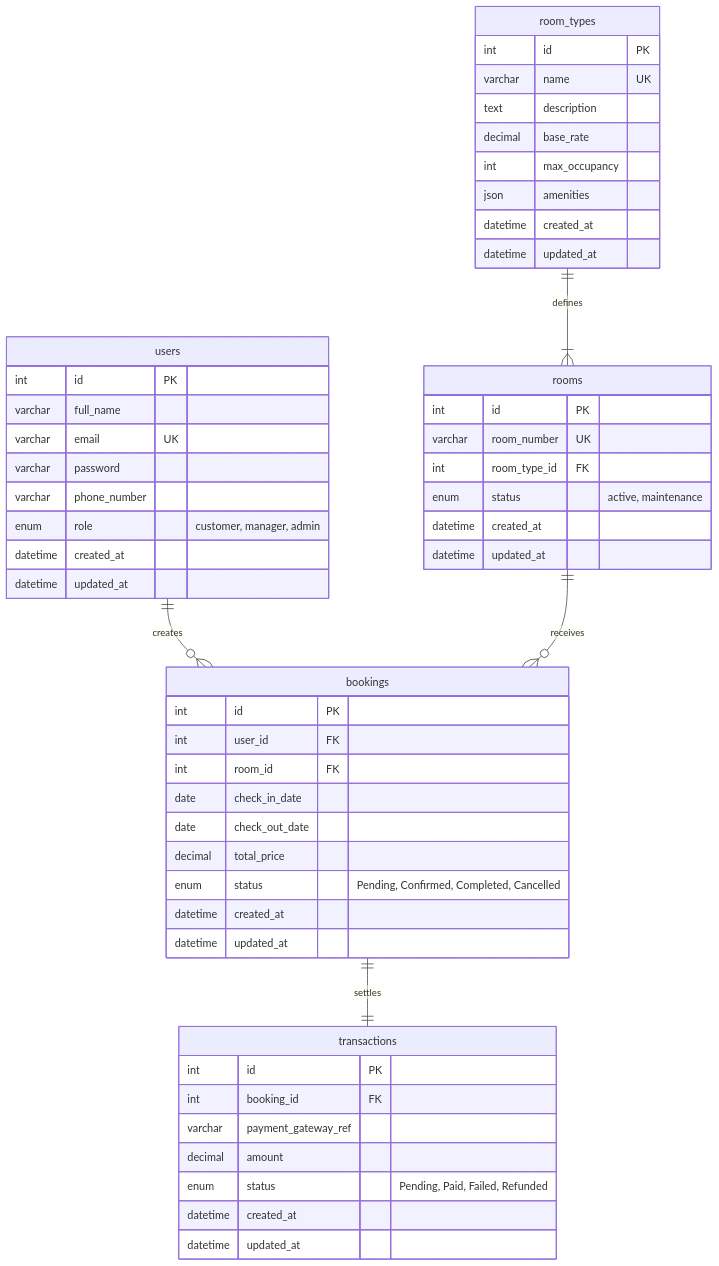
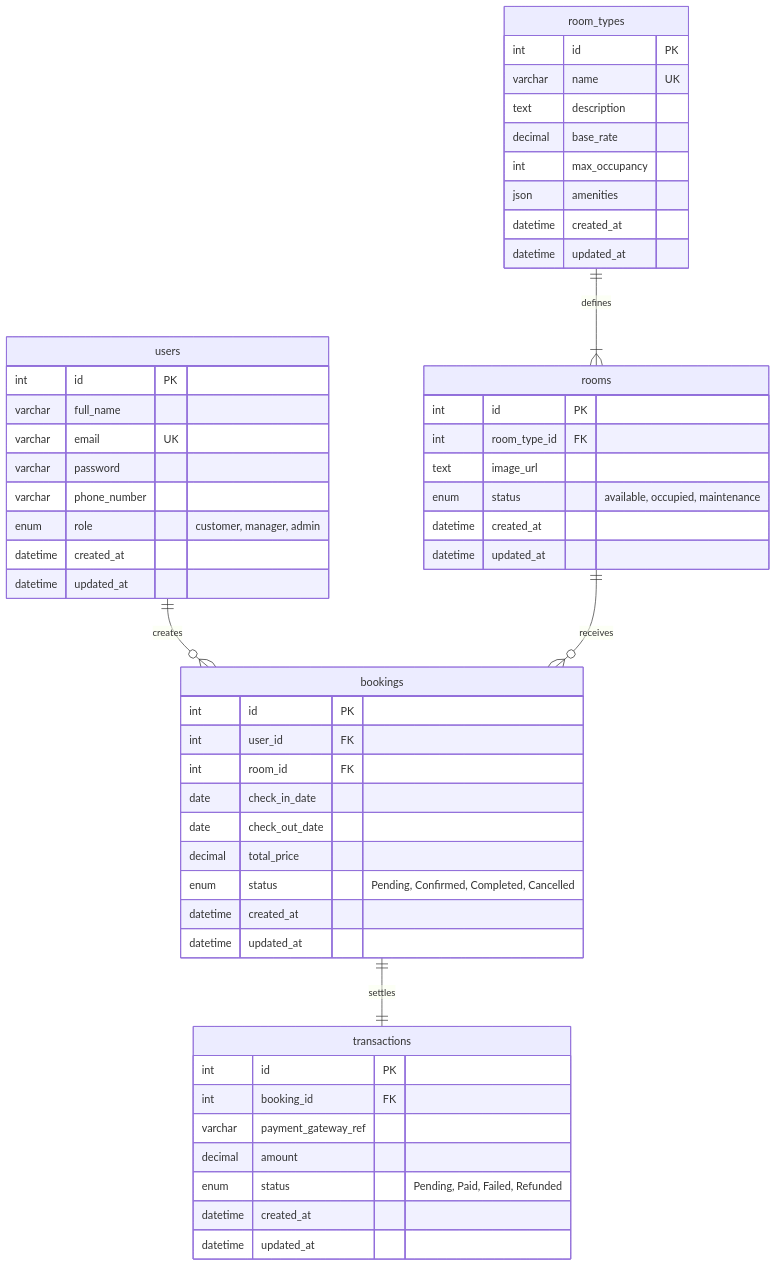
One commit to Ryuo-chhi/-hotel-booking changed the diagram in docs/database/09-erd.md. Above: the diagram before and after it, drawn with Mermaid. The commit also changed 18 other files, not shown here.

````diff
--- a/docs/database/09-erd.md
+++ b/docs/database/09-erd.md
@@ -9,60 +9,61 @@
 ```mermaid
 erDiagram
     users {
         int id PK
         varchar full_name
         varchar email UK
         varchar password
         varchar phone_number
         enum role "customer, manager, admin"
         datetime created_at
         datetime updated_at
     }
 
     room_types {
         int id PK
         varchar name UK
         text description
         decimal base_rate
         int max_occupancy
         json amenities
         datetime created_at
         datetime updated_at
     }
 
     rooms {
         int id PK
-        varchar room_number UK
         int room_type_id FK
-        enum status "active, maintenance"
+        text image_url
+        enum status "available, occupied, maintenance"
         datetime created_at
         datetime updated_at
     }
+
 
     bookings {
         int id PK
         int user_id FK
         int room_id FK
         date check_in_date
         date check_out_date
         decimal total_price
         enum status "Pending, Confirmed, Completed, Cancelled"
         datetime created_at
         datetime updated_at
     }
 
     transactions {
         int id PK
         int booking_id FK
         varchar payment_gateway_ref
         decimal amount
         enum status "Pending, Paid, Failed, Refunded"
         datetime created_at
         datetime updated_at
     }
 
     users ||--o{ bookings : "creates"
     room_types ||--|{ rooms : "defines"
     rooms ||--o{ bookings : "receives"
     bookings ||--|| transactions : "settles"
 ```
````
